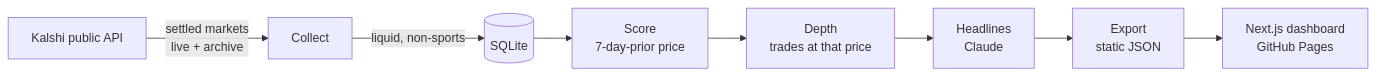
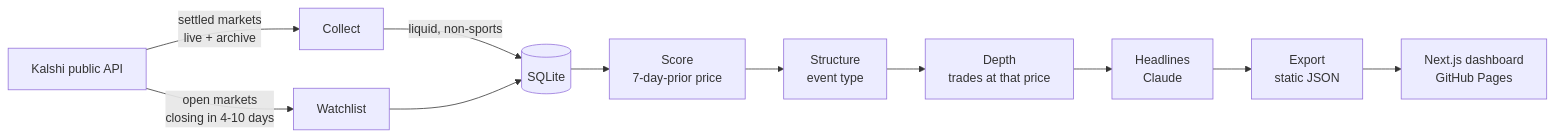
Before and after one commit to emilija-tashevska/black-swan-event-intelligence: the diagram in README.md, drawn with Mermaid. The commit also changed other lines of this file and 34 other files, not shown here.

````diff
--- a/README.md
+++ b/README.md
@@ -12,10 +16,13 @@
 ```mermaid
 flowchart LR
     A[Kalshi public API] -->|settled markets<br/>live + archive| B[Collect]
     B -->|liquid, non-sports| DB[(SQLite)]
     DB --> C[Score<br/>7-day-prior price]
-    C --> D[Depth<br/>trades at that price]
+    C --> S[Structure<br/>event type]
+    S --> D[Depth<br/>trades at that price]
     D --> E[Headlines<br/>Claude]
     E --> F[Export<br/>static JSON]
+    A -->|open markets<br/>closing in 4-10 days| W[Watchlist]
+    W --> DB
     F --> G[Next.js dashboard<br/>GitHub Pages]
 ```
````
